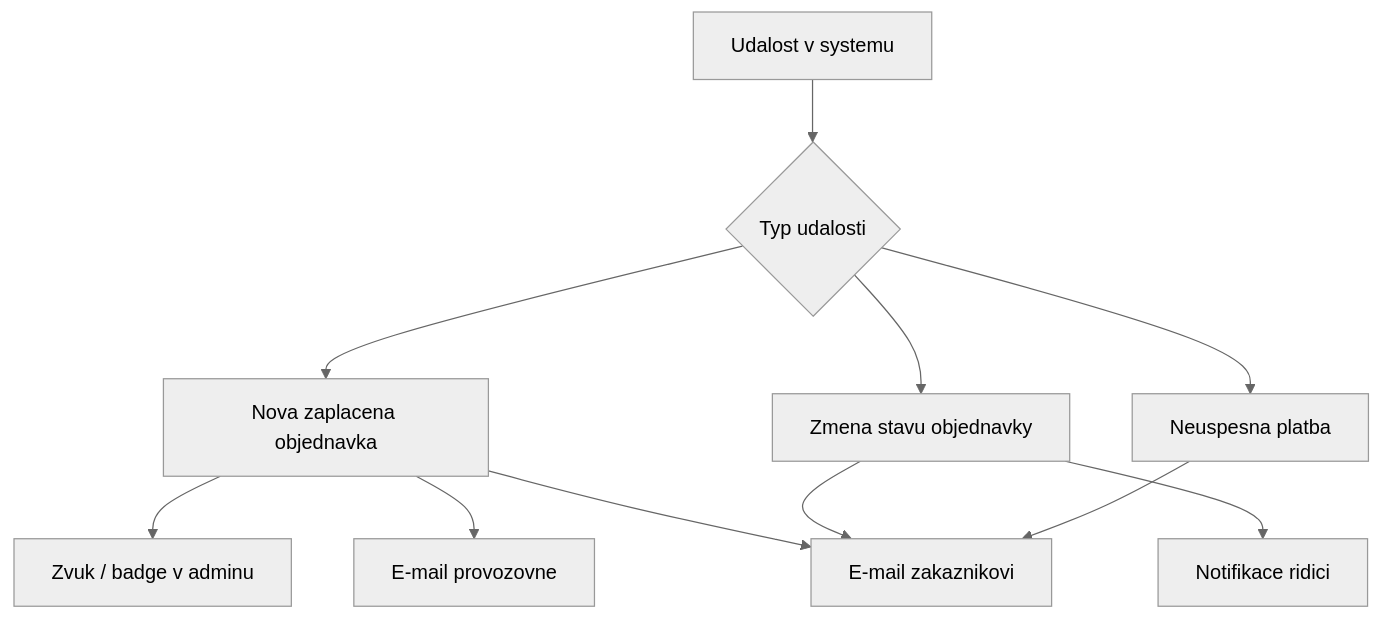
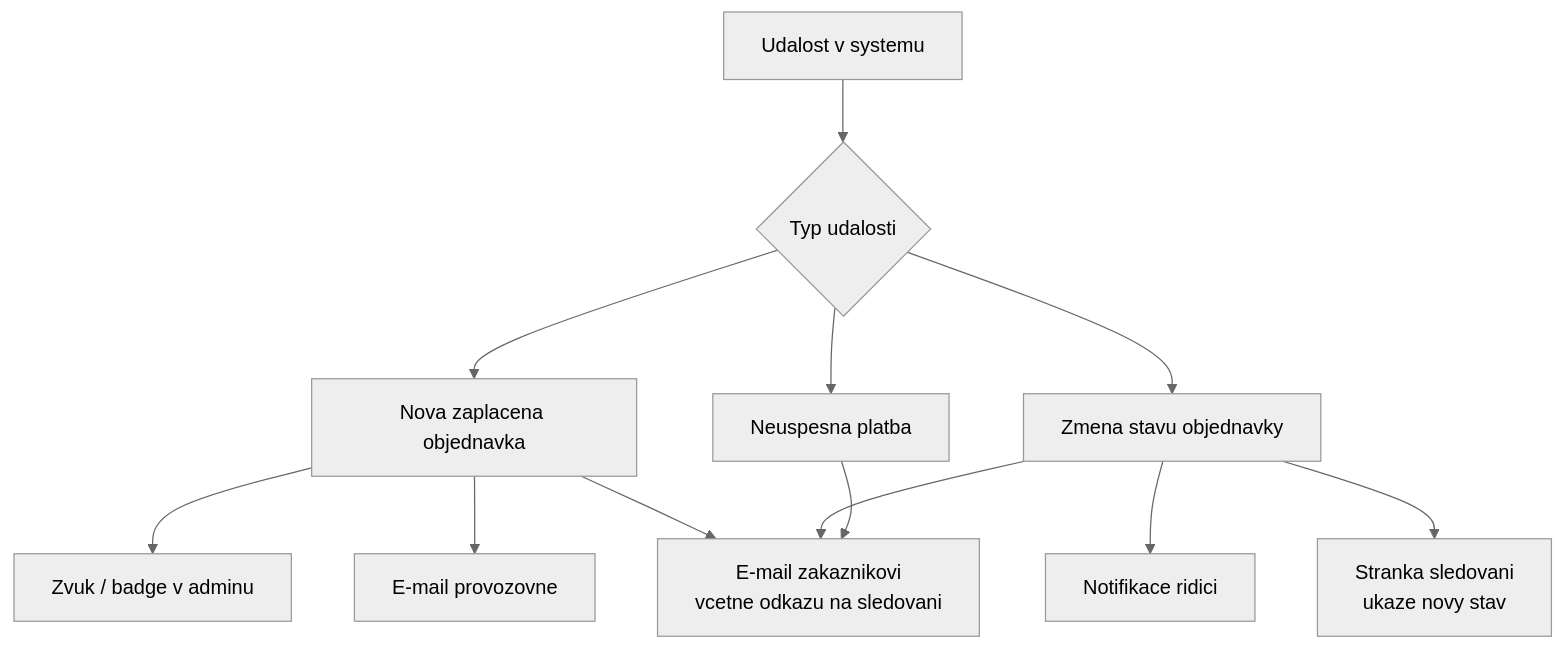
Diagram 11 of 11 in ARCHITEKTURA.md (Poracanin/pizza-bellizzi), drawn with Mermaid (neutral theme) before and after one commit. The commit also changed other lines of this file and 5 other files, not shown here.

````diff
--- a/ARCHITEKTURA.md
+++ b/ARCHITEKTURA.md
@@ -330,28 +421,30 @@
 ```mermaid
 flowchart TD
   event[Udalost v systemu]
   type{Typ udalosti}
 
   newOrder[Nova zaplacena objednavka]
   statusChanged[Zmena stavu objednavky]
   paymentFailed[Neuspesna platba]
 
   adminSound[Zvuk / badge v adminu]
   driverPush[Notifikace ridici]
-  customerEmail[E-mail zakaznikovi]
+  customerEmail[E-mail zakaznikovi<br>vcetne odkazu na sledovani]
   ownerEmail[E-mail provozovne]
+  trackingPage[Stranka sledovani<br>ukaze novy stav]
 
   event --> type
   type --> newOrder
   type --> statusChanged
   type --> paymentFailed
 
   newOrder --> adminSound
   newOrder --> ownerEmail
   newOrder --> customerEmail
 
   statusChanged --> driverPush
   statusChanged --> customerEmail
+  statusChanged --> trackingPage
 
   paymentFailed --> customerEmail
 ```
````
